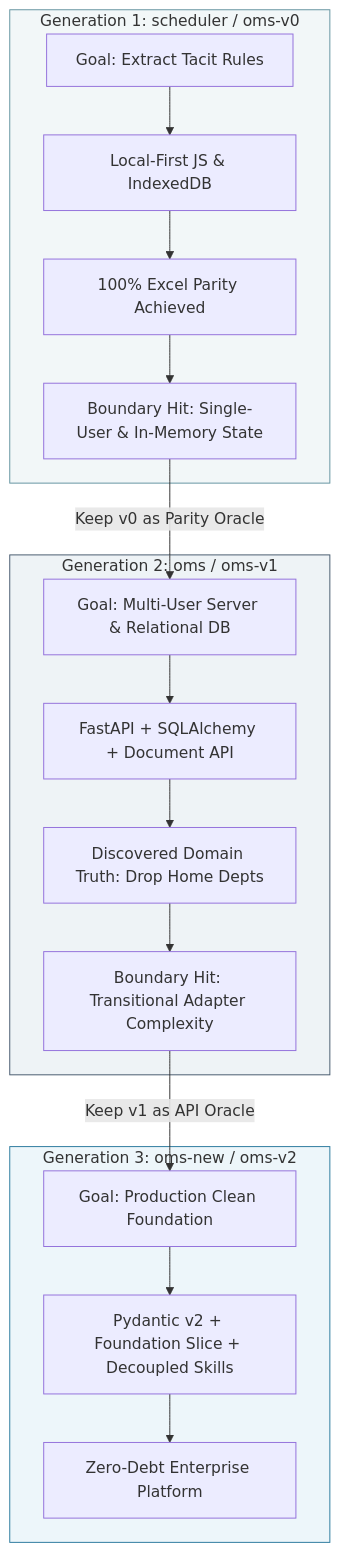
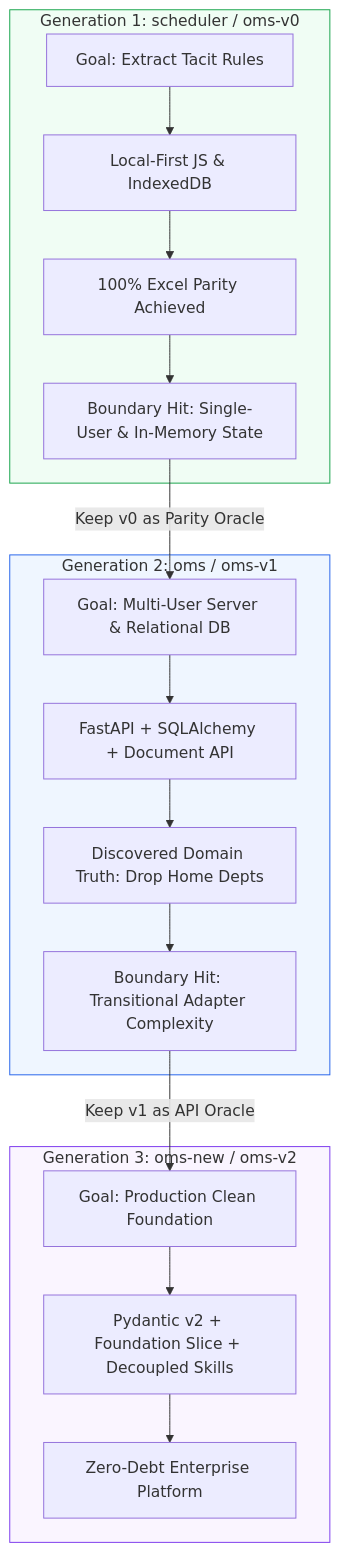
The diagram in tenants/wcah/content/greenfield-vs-brownfield-analysis.md (Standard-Pentest/wcah-oms-library), drawn with Mermaid before and after one commit. The commit also changed 15 other files, not shown here.

````diff
--- a/tenants/wcah/content/greenfield-vs-brownfield-analysis.md
+++ b/tenants/wcah/content/greenfield-vs-brownfield-analysis.md
@@ -23,25 +23,25 @@
 ```mermaid
 graph TD
     subgraph Iteration1 [Generation 1: scheduler / oms-v0]
         A1[Goal: Extract Tacit Rules] --> B1[Local-First JS & IndexedDB]
         B1 --> C1[100% Excel Parity Achieved]
         C1 --> D1[Boundary Hit: Single-User & In-Memory State]
     end
 
     subgraph Iteration2 [Generation 2: oms / oms-v1]
         D1 -->|Keep v0 as Parity Oracle| A2[Goal: Multi-User Server & Relational DB]
         A2 --> B2[FastAPI + SQLAlchemy + Document API]
         B2 --> C2[Discovered Domain Truth: Drop Home Depts]
         C2 --> D2[Boundary Hit: Transitional Adapter Complexity]
     end
 
     subgraph Iteration3 [Generation 3: oms-new / oms-v2]
         D2 -->|Keep v1 as API Oracle| A3[Goal: Production Clean Foundation]
         A3 --> B3[Pydantic v2 + Foundation Slice + Decoupled Skills]
         B3 --> C3[Zero-Debt Enterprise Platform]
     end
 
-    style Iteration1 fill:#f2f7f8,stroke:#63939f,stroke-width:1px;
-    style Iteration2 fill:#eef3f6,stroke:#475a6e,stroke-width:1px;
-    style Iteration3 fill:#edf6fa,stroke:#2b7a9e,stroke-width:1px;
+    style Iteration1 fill:#f0fdf4,stroke:#16a34a,stroke-width:1px;
+    style Iteration2 fill:#eff6ff,stroke:#2563eb,stroke-width:1px;
+    style Iteration3 fill:#faf5ff,stroke:#7c3aed,stroke-width:1px;
 ```
````
